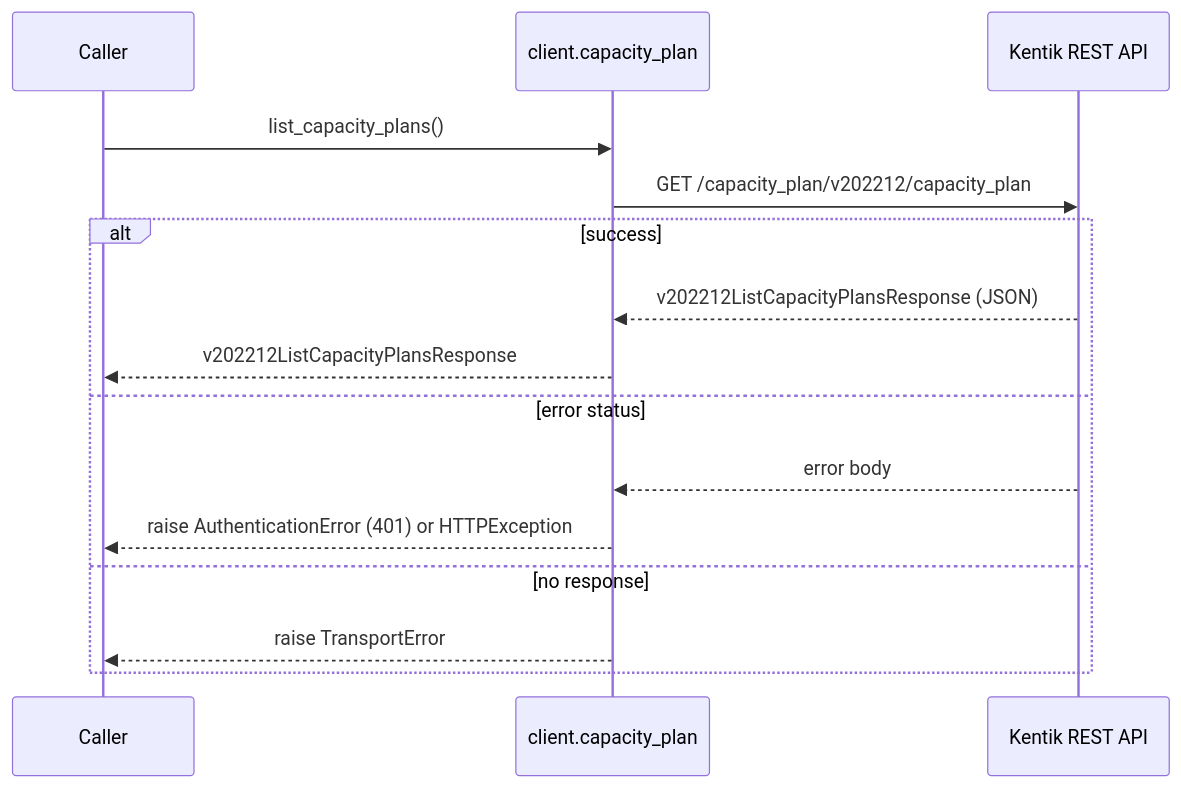
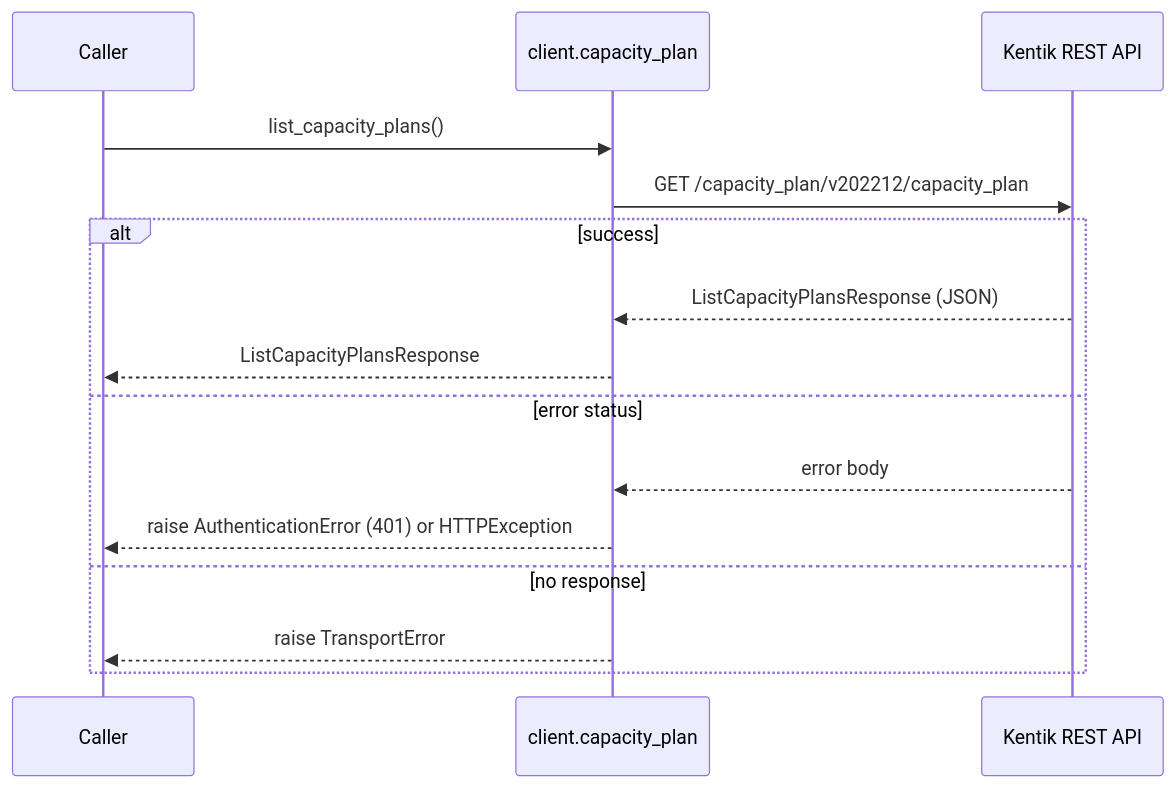
One commit to alexdearaujo/community_sdk_python changed the second of 10 diagrams in docs/sphinx/services/capacity_plan.md. Above: the diagram before and after it, drawn with Mermaid. The commit also changed other lines of this file and 38 other files, not shown here.

````diff
--- a/docs/sphinx/services/capacity_plan.md
+++ b/docs/sphinx/services/capacity_plan.md
@@ -38,18 +38,18 @@
 ```mermaid
 sequenceDiagram
     participant C as Caller
     participant W as client.capacity_plan
     participant API as Kentik REST API
 
     C->>W: list_capacity_plans()
     W->>API: GET /capacity_plan/v202212/capacity_plan
     alt success
-        API-->>W: v202212ListCapacityPlansResponse (JSON)
-        W-->>C: v202212ListCapacityPlansResponse
+        API-->>W: ListCapacityPlansResponse (JSON)
+        W-->>C: ListCapacityPlansResponse
     else error status
         API-->>W: error body
         W-->>C: raise AuthenticationError (401) or HTTPException
     else no response
         W-->>C: raise TransportError
     end
 ```
````
